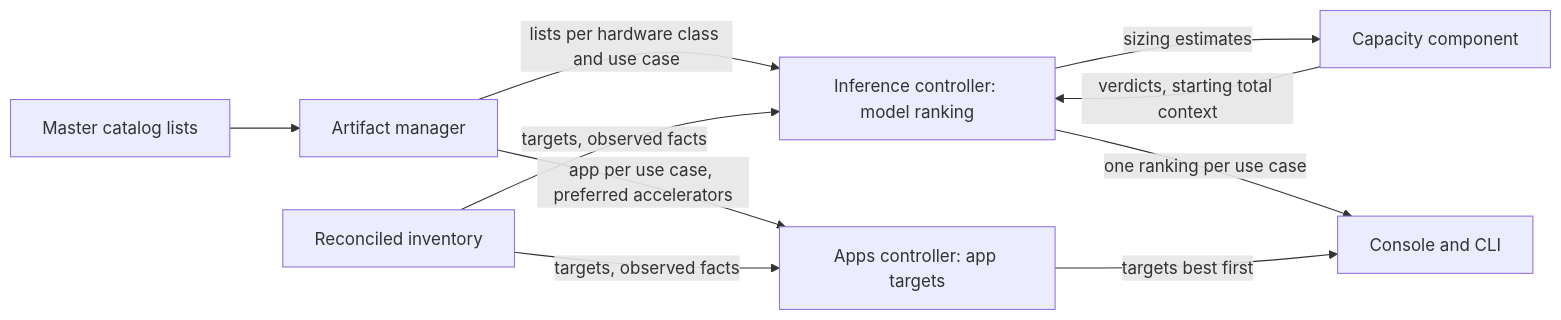
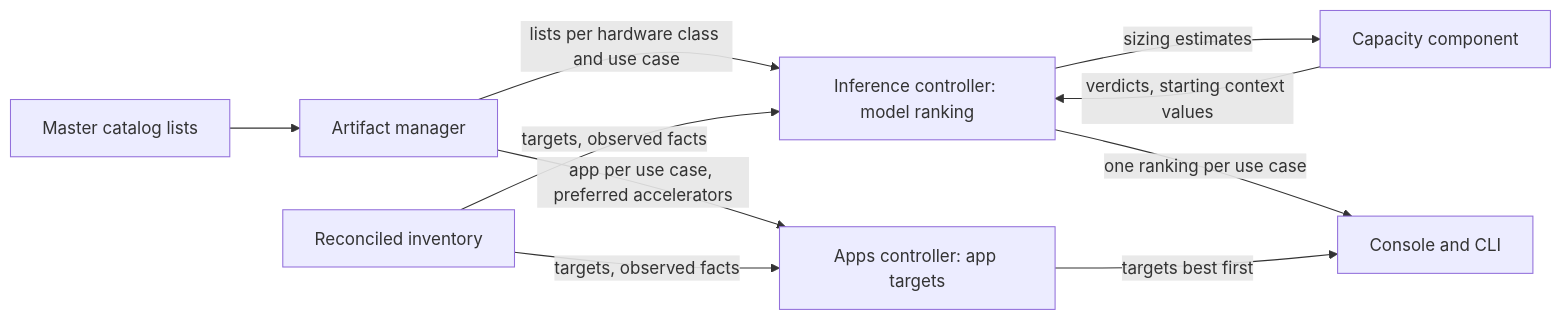
Before and after one commit to dotcoreai/dotcore: the first of 4 diagrams in docs/specs/recommendations.md, drawn with Mermaid. The commit also changed other lines of this file and 6 other files, not shown here.

````diff
--- a/docs/specs/recommendations.md
+++ b/docs/specs/recommendations.md
@@ -24,11 +24,11 @@
 ```mermaid
 flowchart LR
   MC["Master catalog lists"] --> AM["Artifact manager"]
   AM -->|"lists per hardware class and use case"| IC["Inference controller: model ranking"]
   AM -->|"app per use case, preferred accelerators"| AC["Apps controller: app targets"]
   INV["Reconciled inventory"] -->|"targets, observed facts"| IC & AC
   IC -->|"sizing estimates"| CAP["Capacity component"]
-  CAP -->|"verdicts, starting total context"| IC
+  CAP -->|"verdicts, starting context values"| IC
   IC -->|"one ranking per use case"| CL["Console and CLI"]
   AC -->|"targets best first"| CL
 ```
````
